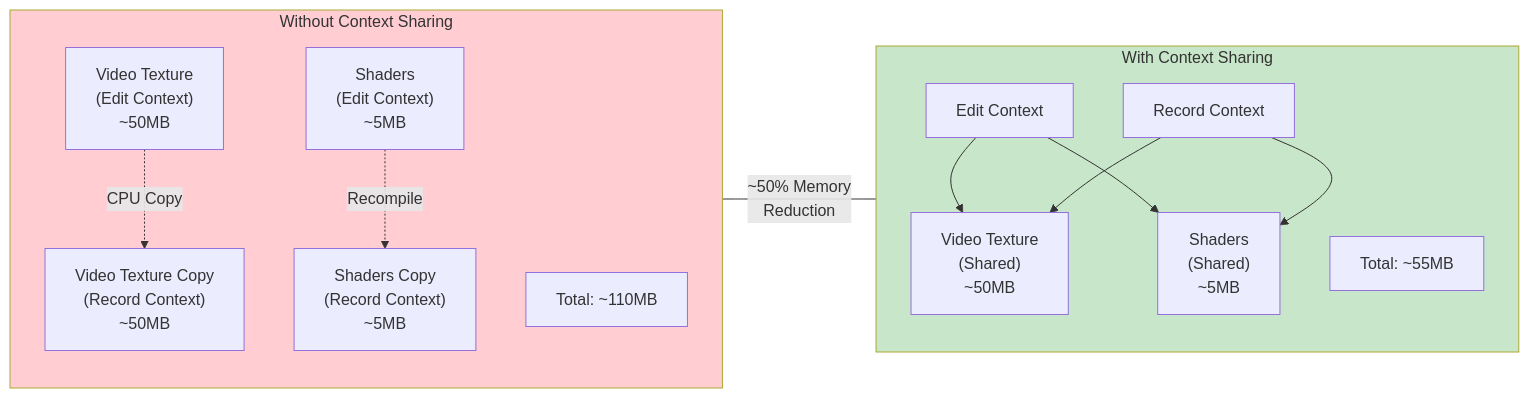
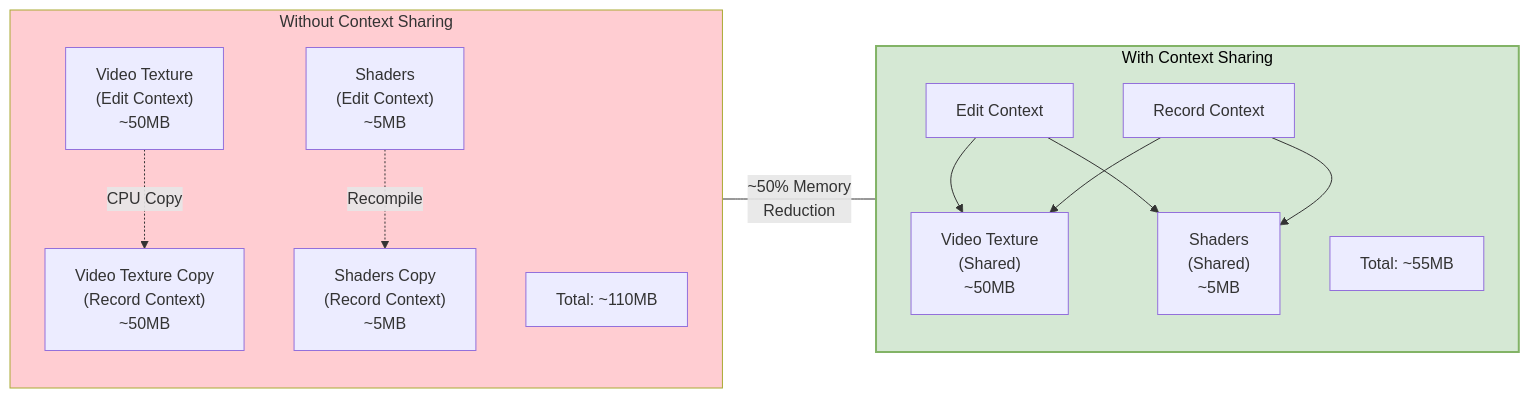
Before and after one commit to monday8am/monday8am.github.io: the fifth of 5 diagrams in _posts/2021-11-21-storybeat-tales.md, drawn with Mermaid. The commit also changed other lines of this file, not shown here.

````diff
--- a/_posts/2021-11-21-storybeat-tales.md
+++ b/_posts/2021-11-21-storybeat-tales.md
@@ -383,31 +423,31 @@
 ```mermaid
 flowchart LR
     subgraph Without["Without Context Sharing"]
         direction TB
         V1["Video Texture<br/>(Edit Context)<br/>~50MB"]
         V2["Video Texture Copy<br/>(Record Context)<br/>~50MB"]
         S1["Shaders<br/>(Edit Context)<br/>~5MB"]
         S2["Shaders Copy<br/>(Record Context)<br/>~5MB"]
         Total1["Total: ~110MB"]
 
         V1 -.->|"CPU Copy"| V2
         S1 -.->|"Recompile"| S2
     end
 
     subgraph With["With Context Sharing"]
         direction TB
         VS["Video Texture<br/>(Shared)<br/>~50MB"]
         SS["Shaders<br/>(Shared)<br/>~5MB"]
         Total2["Total: ~55MB"]
 
         Edit2["Edit Context"] --> VS
         Record2["Record Context"] --> VS
         Edit2 --> SS
         Record2 --> SS
     end
 
     Without ---|"~50% Memory<br/>Reduction"| With
 
     style Without fill:#ffcdd2
-    style With fill:#c8e6c9
+    style With fill:#d5e8d4,stroke:#82b366,stroke-width:2px,color:black
 ```
````
